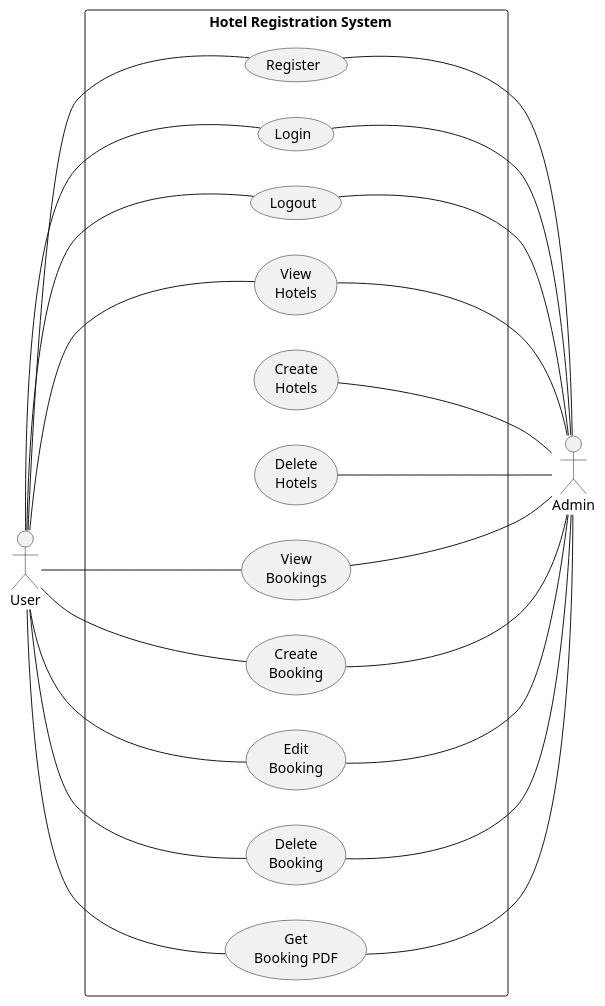
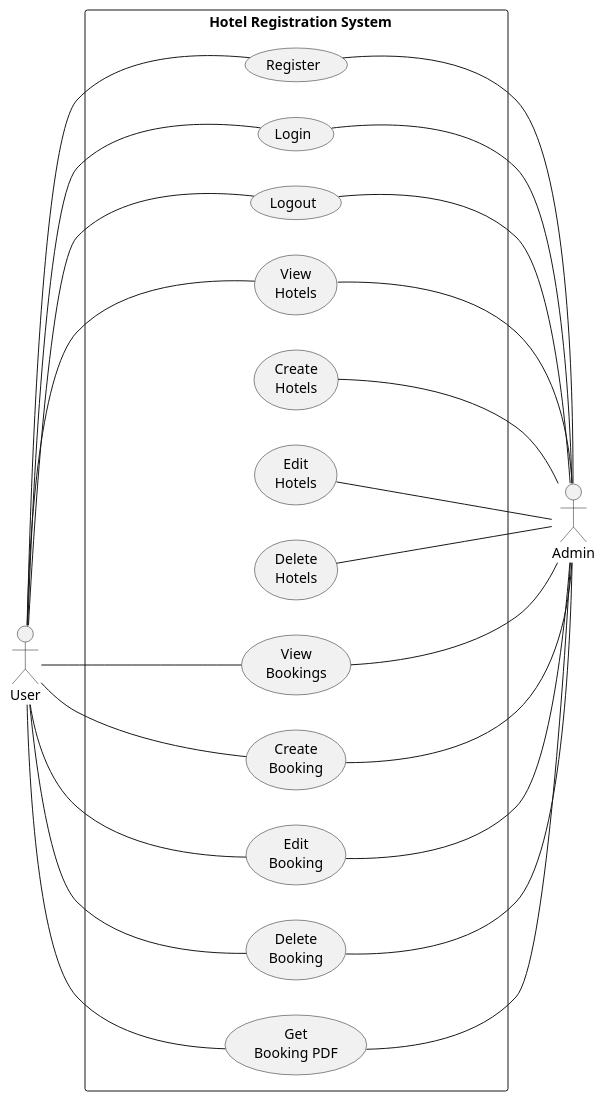
Before and after one commit to podesport/SWPrac-proj: the diagram in plant_uml/hotelRegistrationUseCase.puml, drawn with PlantUML. The commit also changed 1 other file, not shown here.

Commit message:
update usecase diagram update

```diff
--- a/plant_uml/hotelRegistrationUseCase.puml
+++ b/plant_uml/hotelRegistrationUseCase.puml
@@ -1,49 +1,51 @@
 @startuml Hotel Registration System Use Case Diagram
 left to right direction
 
 actor "User" as user
 rectangle "\t\t\t\tHotel Registration System\t\t\t\t" as HotelRegistrationSystem {    
     usecase "Register" as register
     usecase "Login" as login
     usecase "Logout" as logout
     usecase "View\nHotels" as viewHotels
     usecase "Create\nHotels" as createHotel
+    usecase "Edit\nHotels" as editHotel
     usecase "Delete\nHotels" as deleteHotel
     usecase "View\nBookings" as viewBookings
     usecase "Create\nBooking" as createBooking
     usecase "Edit\nBooking" as editBooking
     usecase "Delete\nBooking" as deleteBooking
     usecase "Get\nBooking PDF" as getBookingPDF
 }
 
 actor "Admin" as admin
 
 
 user -- register
 user -- login
 user -- logout
 
 user -- viewHotels
 
 user -- viewBookings
 user -- createBooking
 user -- editBooking
 user -- deleteBooking
 user -- getBookingPDF
 ' =====================
 
 register -- admin
 login -- admin
 logout -- admin
 
 viewHotels -- admin
 createHotel -- admin
+editHotel -- admin
 deleteHotel -- admin
 
 viewBookings -- admin
 createBooking -- admin
 editBooking -- admin
 deleteBooking -- admin
 getBookingPDF -- admin
 ' =====================
 @enduml
```
